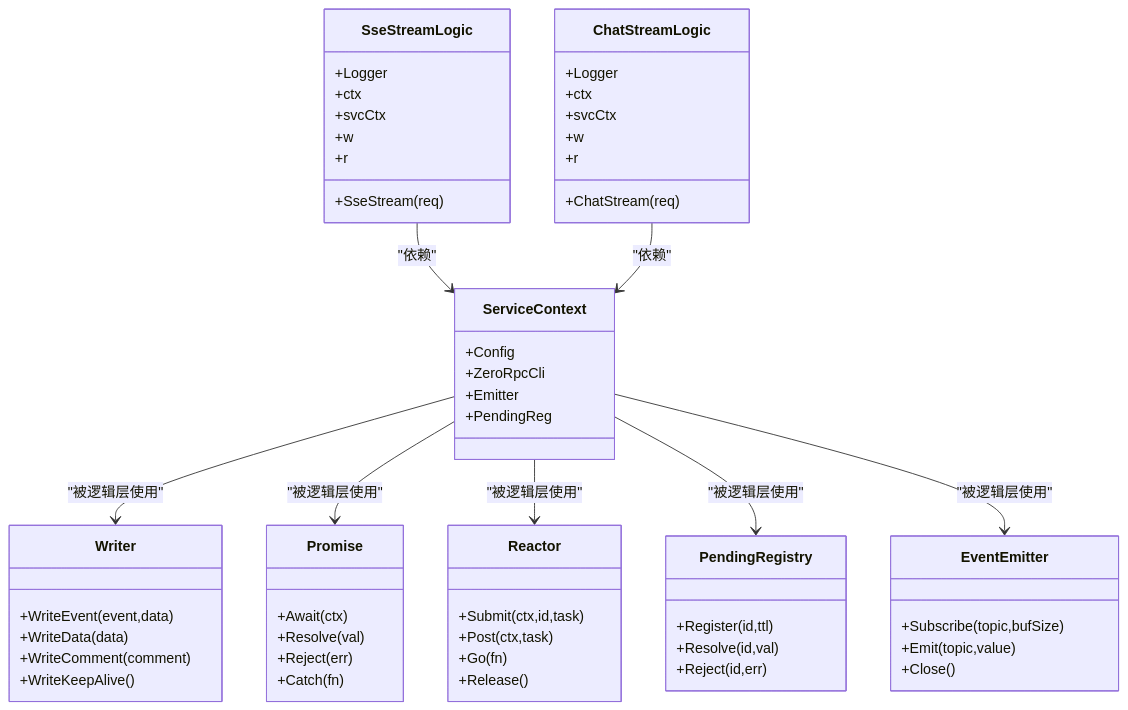
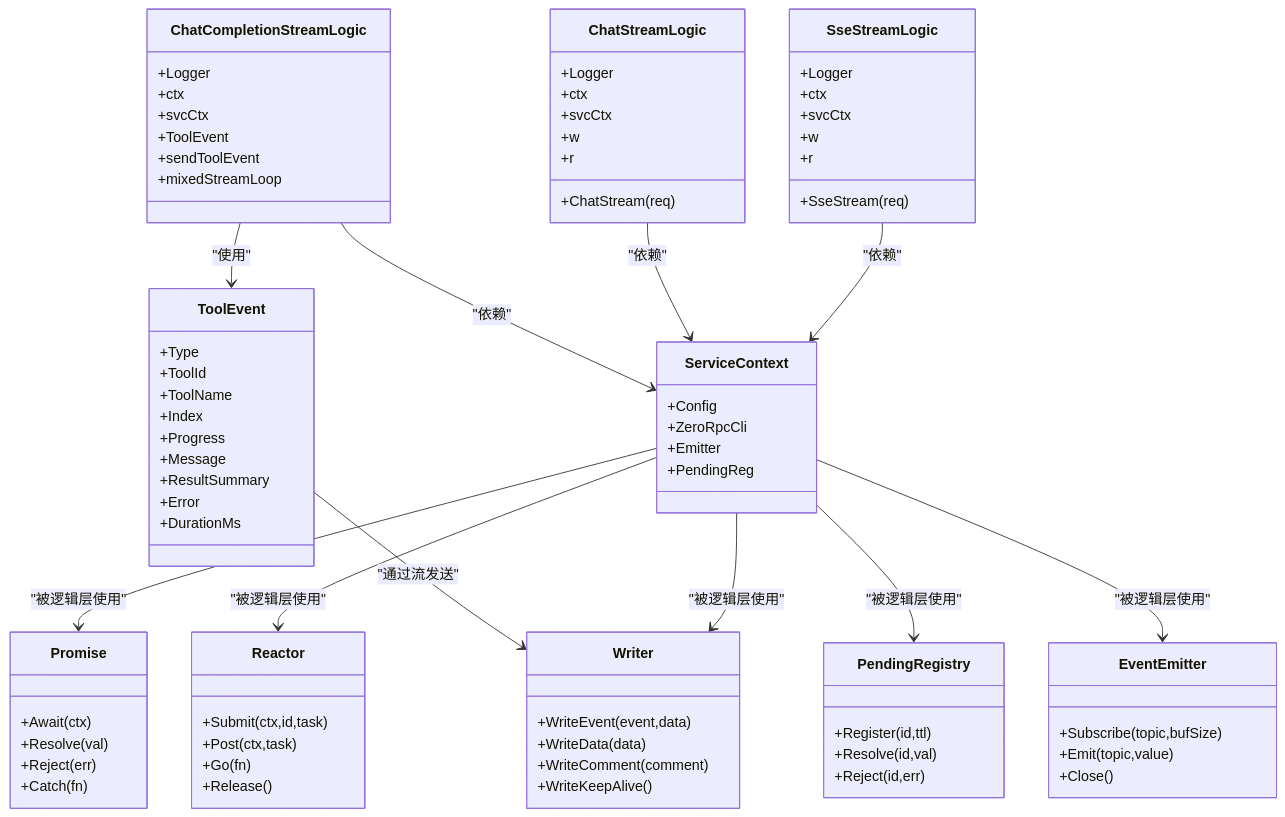
One commit to maomao94/zero-service changed the eighth of 8 diagrams in .qoder/repowiki/zh/content/AI应用模块/SSE网关服务/SSE网关服务.md. Above: the diagram before and after it, drawn with Mermaid. The commit also changed other lines of this file and 48 other files, not shown here.

````diff
--- a/.qoder/repowiki/zh/content/AI应用模块/SSE网关服务/SSE网关服务.md
+++ b/.qoder/repowiki/zh/content/AI应用模块/SSE网关服务/SSE网关服务.md
@@ -820,60 +919,82 @@
 ```mermaid
 classDiagram
 class ServiceContext {
 +Config
 +ZeroRpcCli
 +Emitter
 +PendingReg
 }
 class SseStreamLogic {
 +Logger
 +ctx
 +svcCtx
 +w
 +r
 +SseStream(req)
 }
 class ChatStreamLogic {
 +Logger
 +ctx
 +svcCtx
 +w
 +r
 +ChatStream(req)
 }
+class ChatCompletionStreamLogic {
++Logger
++ctx
++svcCtx
++ToolEvent
++sendToolEvent
++mixedStreamLoop
+}
 class Writer {
 +WriteEvent(event,data)
 +WriteData(data)
 +WriteComment(comment)
 +WriteKeepAlive()
+}
+class ToolEvent {
++Type
++ToolId
++ToolName
++Index
++Progress
++Message
++ResultSummary
++Error
++DurationMs
 }
 class Promise {
 +Await(ctx)
 +Resolve(val)
 +Reject(err)
 +Catch(fn)
 }
 class Reactor {
 +Submit(ctx,id,task)
 +Post(ctx,task)
 +Go(fn)
 +Release()
 }
 class PendingRegistry {
 +Register(id,ttl)
 +Resolve(id,val)
 +Reject(id,err)
 }
 class EventEmitter {
 +Subscribe(topic,bufSize)
 +Emit(topic,value)
 +Close()
 }
 ServiceContext --> Writer : "被逻辑层使用"
 ServiceContext --> Promise : "被逻辑层使用"
 ServiceContext --> Reactor : "被逻辑层使用"
 ServiceContext --> PendingRegistry : "被逻辑层使用"
 ServiceContext --> EventEmitter : "被逻辑层使用"
 SseStreamLogic --> ServiceContext : "依赖"
 ChatStreamLogic --> ServiceContext : "依赖"
+ChatCompletionStreamLogic --> ServiceContext : "依赖"
+ChatCompletionStreamLogic --> ToolEvent : "使用"
+ToolEvent --> Writer : "通过流发送"
 ```
````
